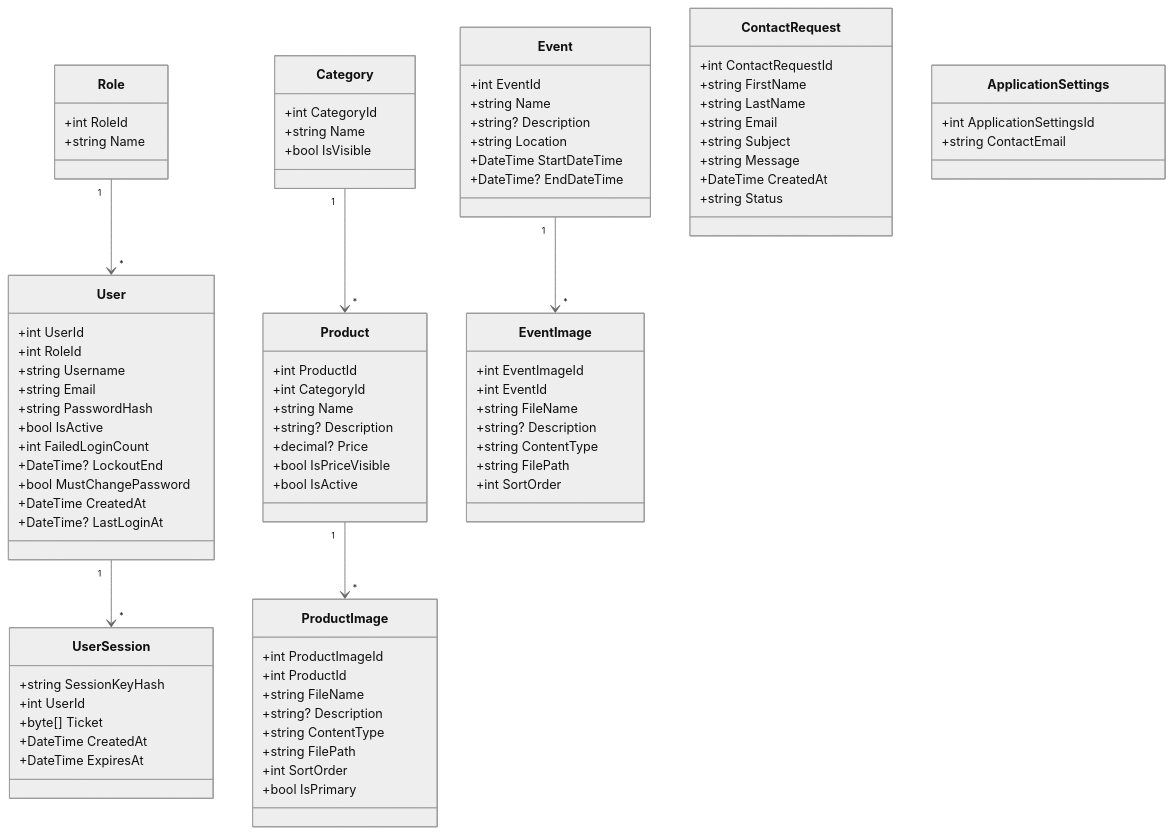
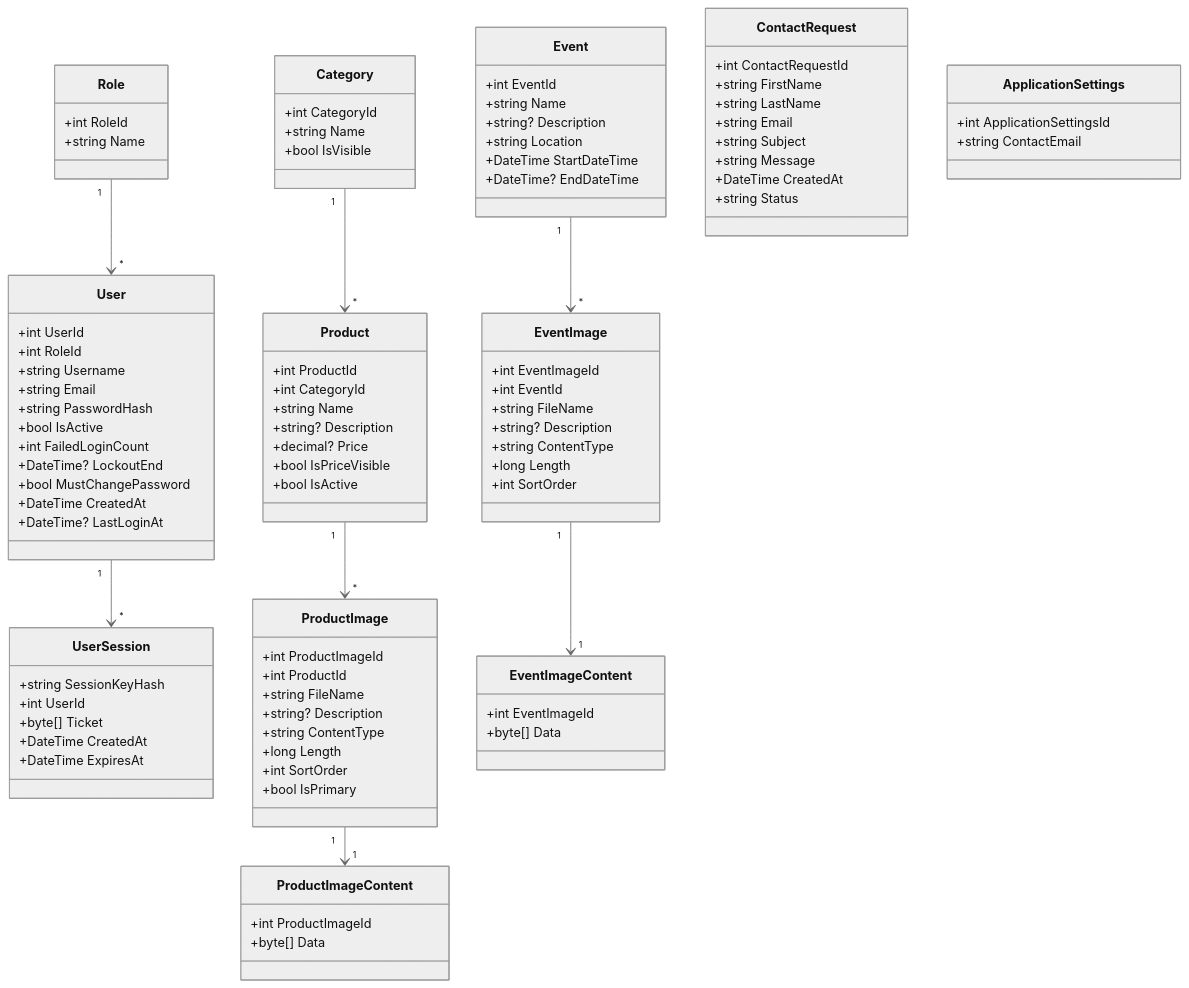
The diagram in documentation/UMLClassDiagram.mmd (SchuelerfirmaBBS1/Webseite_Schuelerfirma_04), drawn with Mermaid (neutral theme) before and after one commit. The commit also changed 3 other files, not shown here.

```diff
--- a/documentation/UMLClassDiagram.mmd
+++ b/documentation/UMLClassDiagram.mmd
@@ -1,98 +1,110 @@
 classDiagram
 
 class User {
     +int UserId
     +int RoleId
     +string Username
     +string Email
     +string PasswordHash
     +bool IsActive
     +int FailedLoginCount
     +DateTime? LockoutEnd
     +bool MustChangePassword
     +DateTime CreatedAt
     +DateTime? LastLoginAt
 }
 
 class Role {
     +int RoleId
     +string Name
 }
 
 class UserSession {
     +string SessionKeyHash
     +int UserId
     +byte[] Ticket
     +DateTime CreatedAt
     +DateTime ExpiresAt
 }
 
 Role "1" --> "*" User
 User "1" --> "*" UserSession
 
 class Category {
     +int CategoryId
     +string Name
     +bool IsVisible
 }
 
 class Product {
     +int ProductId
     +int CategoryId
     +string Name
     +string? Description
     +decimal? Price
     +bool IsPriceVisible
     +bool IsActive
 }
 
 class ProductImage {
     +int ProductImageId
     +int ProductId
     +string FileName
     +string? Description
     +string ContentType
-    +string FilePath
+    +long Length
     +int SortOrder
     +bool IsPrimary
 }
 
 Category "1" --> "*" Product
+class ProductImageContent {
+    +int ProductImageId
+    +byte[] Data
+}
+
 Product "1" --> "*" ProductImage
+ProductImage "1" --> "1" ProductImageContent
 
 class Event {
     +int EventId
     +string Name
     +string? Description
     +string Location
     +DateTime StartDateTime
     +DateTime? EndDateTime
 }
 
 class EventImage {
     +int EventImageId
     +int EventId
     +string FileName
     +string? Description
     +string ContentType
-    +string FilePath
+    +long Length
     +int SortOrder
 }
 
+class EventImageContent {
+    +int EventImageId
+    +byte[] Data
+}
+
 Event "1" --> "*" EventImage
+EventImage "1" --> "1" EventImageContent
 
 class ContactRequest {
     +int ContactRequestId
     +string FirstName
     +string LastName
     +string Email
     +string Subject
     +string Message
     +DateTime CreatedAt
     +string Status
 }
 
 class ApplicationSettings {
     +int ApplicationSettingsId
     +string ContactEmail
 }
```
